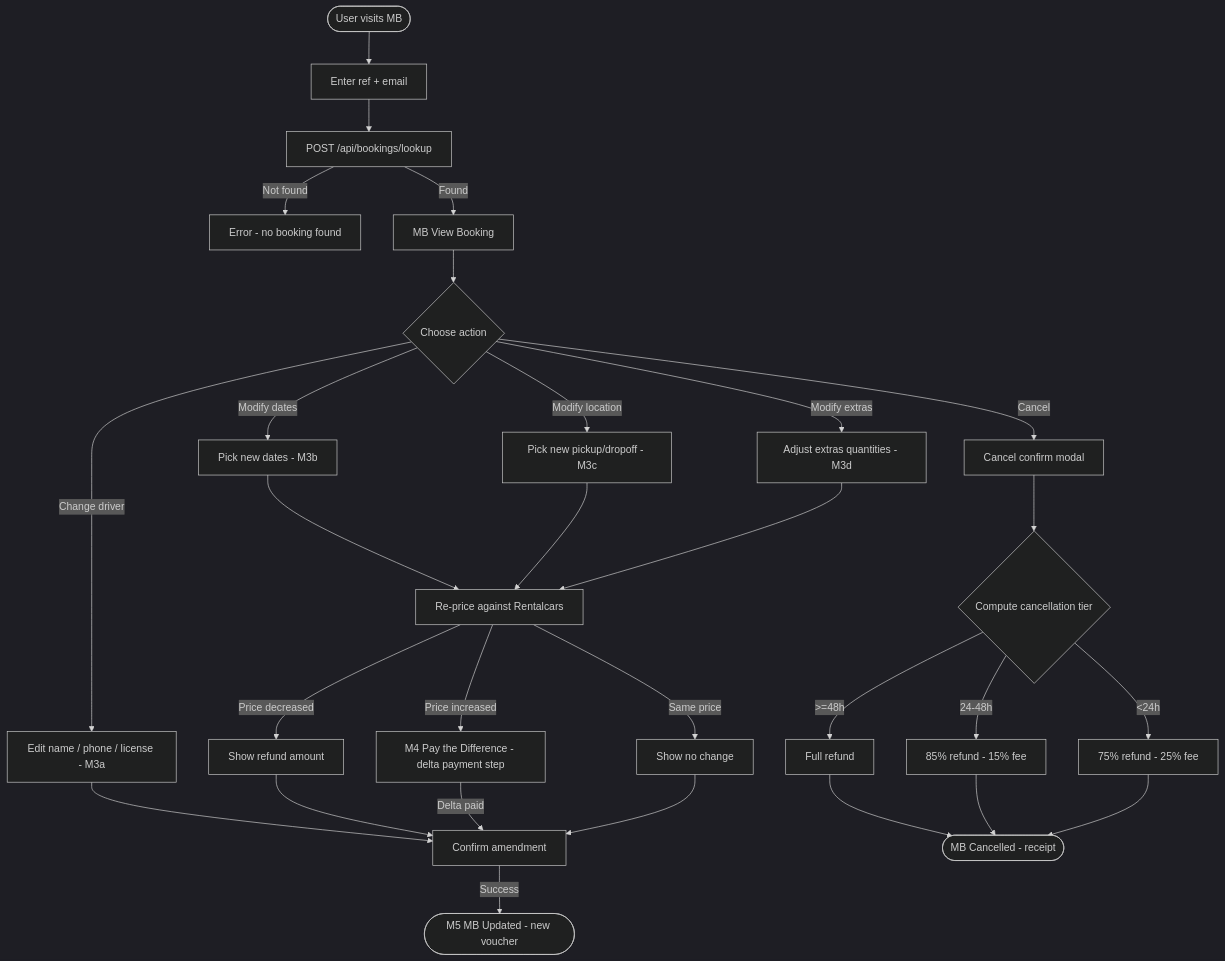
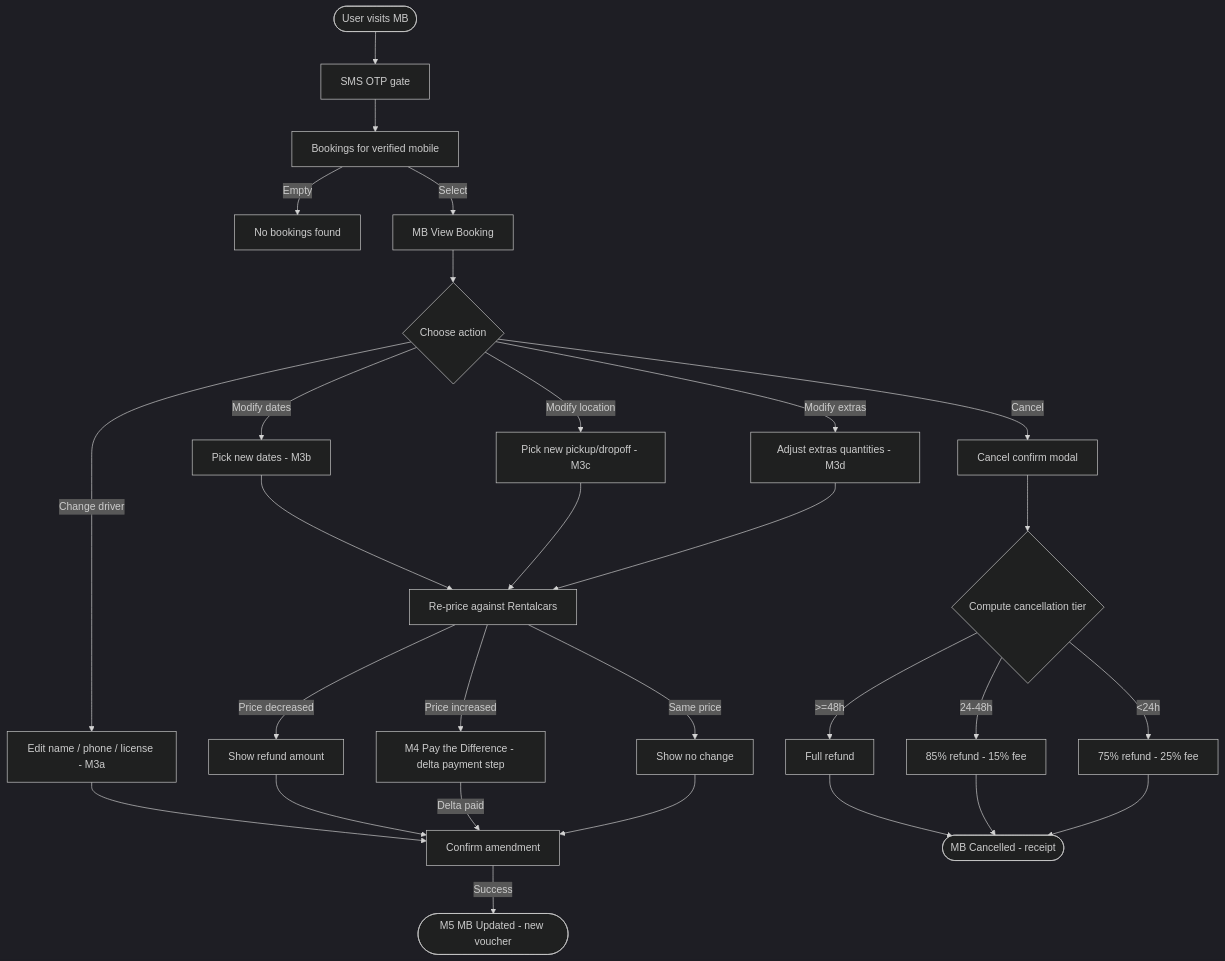
The second of 2 diagrams in docs/ux-logic.md (RPalis/iceland-express), drawn with Mermaid (dark theme) before and after one commit. The commit also changed other lines of this file and 13 other files, not shown here.

First line of the commit message:
Implement SMS OTP authentication for A6 checkout and Manage Booking

````diff
--- a/docs/ux-logic.md
+++ b/docs/ux-logic.md
@@ -378,31 +407,31 @@
 ```mermaid
 flowchart TD
-  Retrieve([User visits MB]) --> EnterRef[Enter ref + email]
-  EnterRef --> Lookup[POST /api/bookings/lookup]
-  Lookup --> |Not found| LookupFail[Error - no booking found]
-  Lookup --> |Found| View[MB View Booking]
+  Retrieve([User visits MB]) --> SmsAuth[SMS OTP gate]
+  SmsAuth --> ListBookings[Bookings for verified mobile]
+  ListBookings --> |Empty| ListFail[No bookings found]
+  ListBookings --> |Select| View[MB View Booking]
   View --> Choose{Choose action}
   Choose --> |Change driver| ModDriver[Edit name / phone / license - M3a]
   Choose --> |Modify dates| ModDates[Pick new dates - M3b]
   Choose --> |Modify location| ModLoc[Pick new pickup/dropoff - M3c]
   Choose --> |Modify extras| ModExtras[Adjust extras quantities - M3d]
   Choose --> |Cancel| Cancel[Cancel confirm modal]
   ModDriver --> ConfirmAmend[Confirm amendment]
   ModDates --> Reprice[Re-price against Rentalcars]
   ModLoc --> Reprice
   ModExtras --> Reprice
   Reprice --> |Price decreased| RefundDue[Show refund amount]
   Reprice --> |Price increased| PayDiff[M4 Pay the Difference - delta payment step]
   Reprice --> |Same price| NoChange[Show no change]
   RefundDue --> ConfirmAmend
   PayDiff --> |Delta paid| ConfirmAmend
   NoChange --> ConfirmAmend
   ConfirmAmend --> |Success| Updated([M5 MB Updated - new voucher])
   Cancel --> FeeTier{Compute cancellation tier}
   FeeTier --> |>=48h| FreeRefund[Full refund]
   FeeTier --> |24-48h| PartialRefund[85% refund - 15% fee]
   FeeTier --> |<24h| LateRefund[75% refund - 25% fee]
   FreeRefund --> Cancelled([MB Cancelled - receipt])
   PartialRefund --> Cancelled
   LateRefund --> Cancelled
 ```
````
